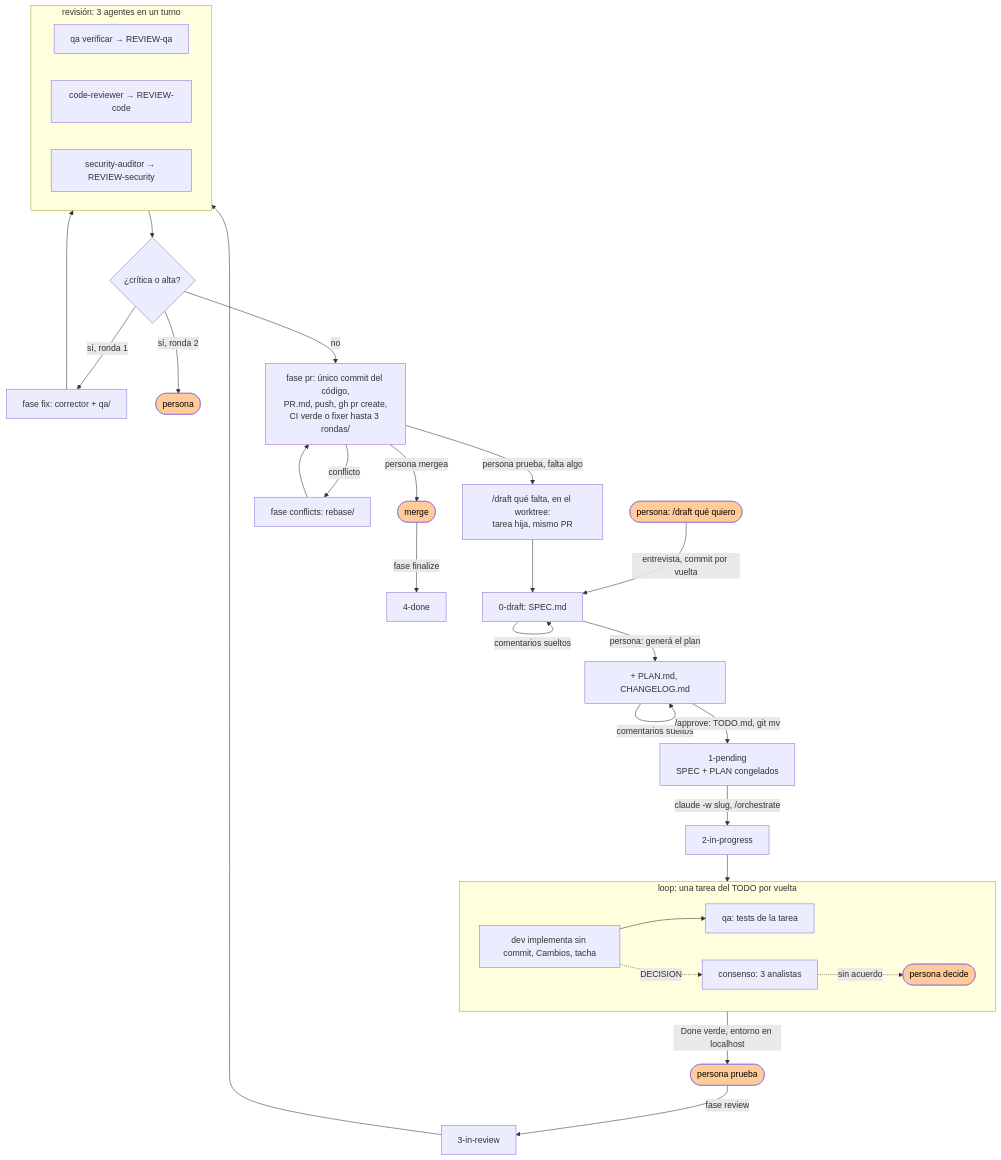
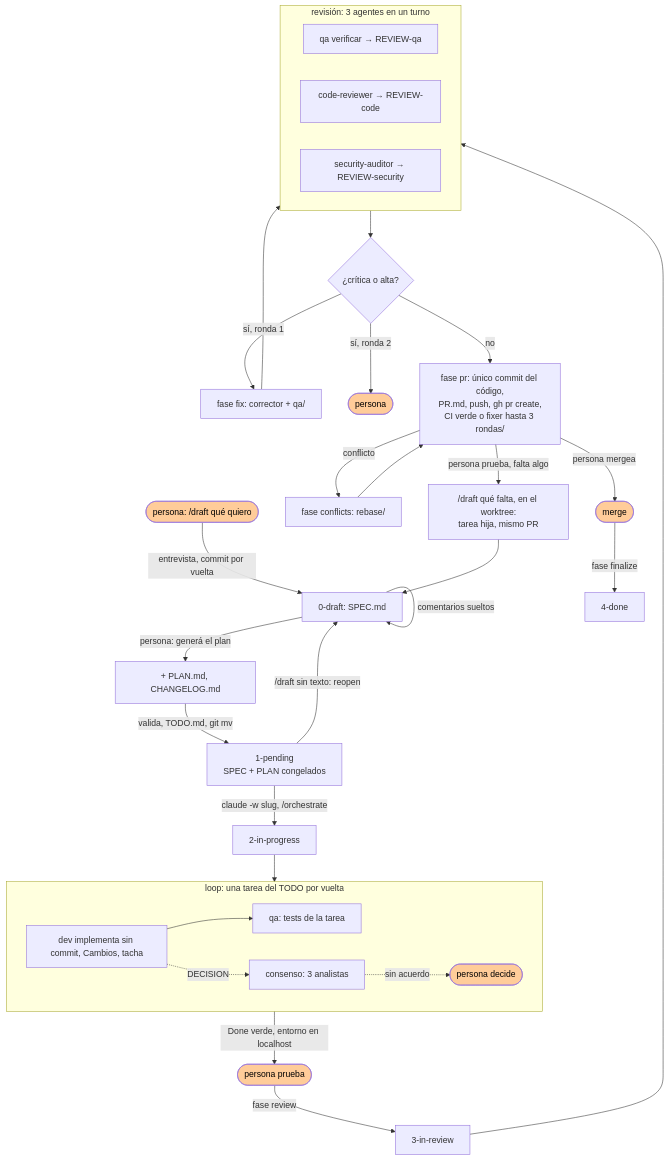
The diagram in skills/workflow/SKILL.md (octavio-parozlabs/mindstack), drawn with Mermaid before and after one commit. The commit also changed other lines of this file and 24 other files, not shown here.

````diff
--- a/skills/workflow/SKILL.md
+++ b/skills/workflow/SKILL.md
@@ -74,32 +74,32 @@
 ```mermaid
 flowchart TD
     U0([persona: /draft qué quiero]) -->|entrevista, commit por vuelta| S0["0-draft: SPEC.md"]
     S0 -->|comentarios sueltos| S0
     S0 -->|persona: generá el plan| P0["+ PLAN.md, CHANGELOG.md"]
-    P0 -->|comentarios sueltos| P0
-    P0 -->|/approve: TODO.md, git mv| S1["1-pending<br/>SPEC + PLAN congelados"]
+    P0 -->|valida, TODO.md, git mv| S1["1-pending<br/>SPEC + PLAN congelados"]
+    S1 -->|/draft sin texto: reopen| S0
     S1 -->|claude -w slug, /orchestrate| S2["2-in-progress"]
     subgraph IMPL["loop: una tarea del TODO por vuelta"]
         D[dev implementa sin commit, Cambios, tacha] --> Q[qa: tests de la tarea]
         D -. DECISION .-> C[consenso: 3 analistas]
         C -. sin acuerdo .-> HU([persona decide])
     end
     S2 --> IMPL
     IMPL -->|Done verde, entorno en localhost| PRUEBA([persona prueba])
     PRUEBA -->|fase review| S3["3-in-review"]
     subgraph REV["revisión: 3 agentes en un turno"]
         R1[qa verificar → REVIEW-qa]
         R2[code-reviewer → REVIEW-code]
         R3[security-auditor → REVIEW-security]
     end
     S3 --> REV --> H{¿crítica o alta?}
     H -->|sí, ronda 1| CO[fase fix: corrector + qa/] --> REV
     H -->|sí, ronda 2| HU2([persona])
     H -->|no| PR[fase pr: único commit del código,\nPR.md, push, gh pr create,\nCI verde o fixer hasta 3 rondas/]
     PR -->|conflicto| CF[fase conflicts: rebase/] --> PR
     PR -->|persona prueba, falta algo| IT["/draft qué falta, en el worktree:
 tarea hija, mismo PR"] --> S0
     PR -->|persona mergea| M([merge]) -->|fase finalize| S4["4-done"]
     classDef persona fill:#fc9,color:#000
     class U0,PRUEBA,HU,HU2,M persona
 ```
````
